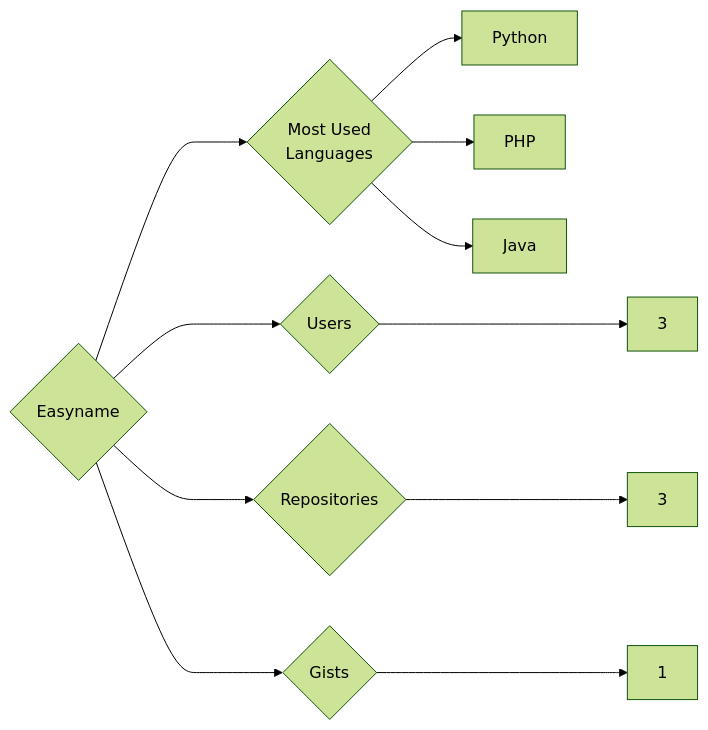
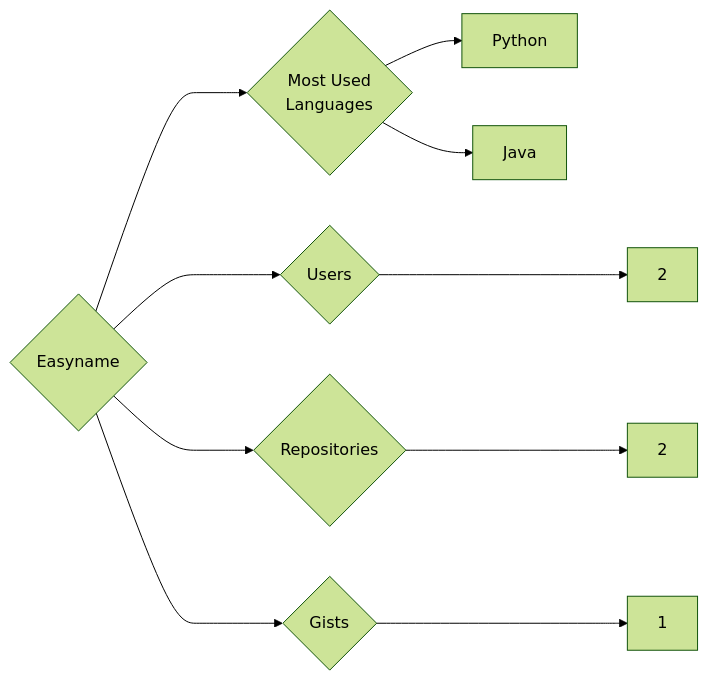
The diagram in targets/Easyname/README.md (trickest/insiders), drawn with Mermaid (forest theme) before and after one commit. The commit also changed 1020 other files, not shown here.

````diff
--- a/targets/Easyname/README.md
+++ b/targets/Easyname/README.md
@@ -3,11 +3,10 @@
 ```mermaid
 graph LR
 COMPANY_NAME{Easyname}
-COMPANY_NAME ---> U{Users} ---> UN[3]
-COMPANY_NAME ---> R{Repositories} ---> RN[3]
+COMPANY_NAME ---> U{Users} ---> UN[2]
+COMPANY_NAME ---> R{Repositories} ---> RN[2]
 COMPANY_NAME ---> G{Gists} ---> GN[1]
 COMPANY_NAME ---> ML{Most Used<br>Languages}
 ML --> Python[Python]
-ML --> PHP[PHP]
 ML --> Java[Java]
 ```
````
